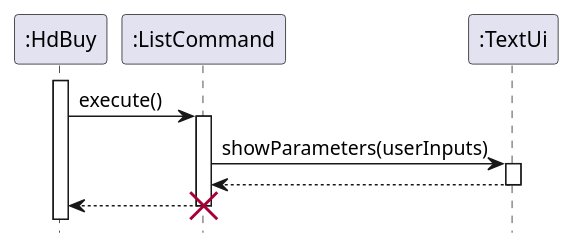
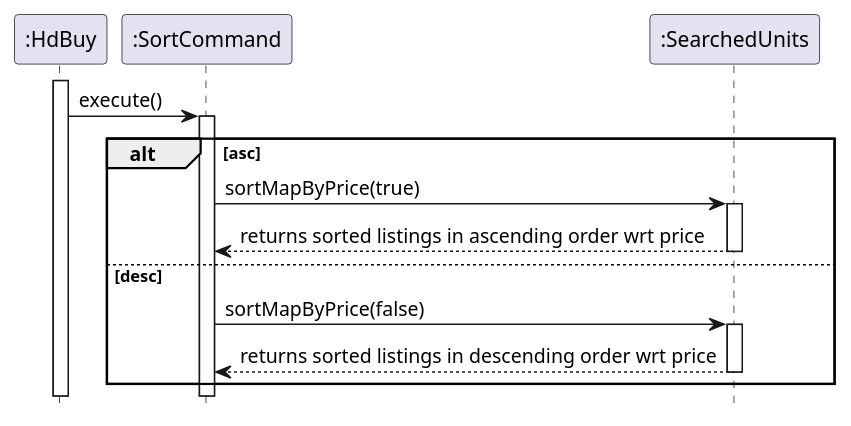
The diagram in docs/diagrams/SortCommand.puml (nus-cs2113-AY2021S1/tp), drawn with PlantUML before and after one commit. The commit also changed 3 other files, not shown here.

Commit message:
updated sortcommand sequence diagram

```diff
--- a/docs/diagrams/SortCommand.puml
+++ b/docs/diagrams/SortCommand.puml
@@ -1,13 +1,19 @@
 @startuml
 'https://plantuml.com/sequence-diagram
 hide footbox
 activate ":HdBuy"
-":HdBuy" -> ":ListCommand": execute()
-        activate ":ListCommand"
-        ":ListCommand" -> ":TextUi": showParameters(userInputs)
-        activate ":TextUi"
-        ":ListCommand" <-- ":TextUi"
-        deactivate ":TextUi"
-        ":HdBuy" <-- ":ListCommand"
-        destroy ":ListCommand"
+":HdBuy" -> ":SortCommand": execute()
+activate ":SortCommand"
+        alt asc
+            ":SortCommand" -> ":SearchedUnits": sortMapByPrice(true)
+            activate ":SearchedUnits"
+            ":SortCommand" <-- ":SearchedUnits": returns sorted listings in ascending order wrt price
+            deactivate ":SearchedUnits"
+        else desc
+            ":SortCommand" -> ":SearchedUnits": sortMapByPrice(false)
+            activate ":SearchedUnits"
+            ":SortCommand" <-- ":SearchedUnits": returns sorted listings in descending order wrt price
+            deactivate ":SearchedUnits"
+
+        end
 @enduml
```
